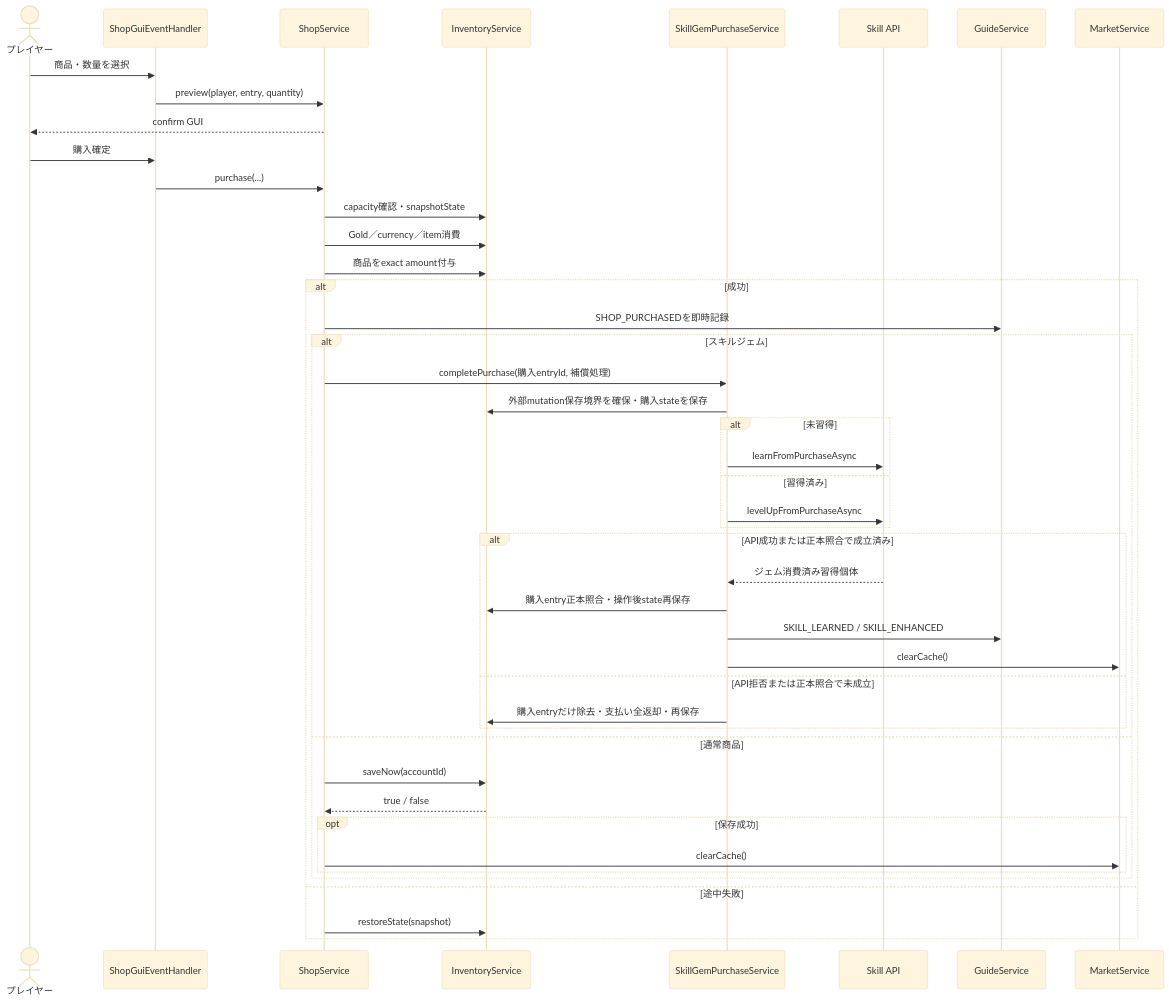
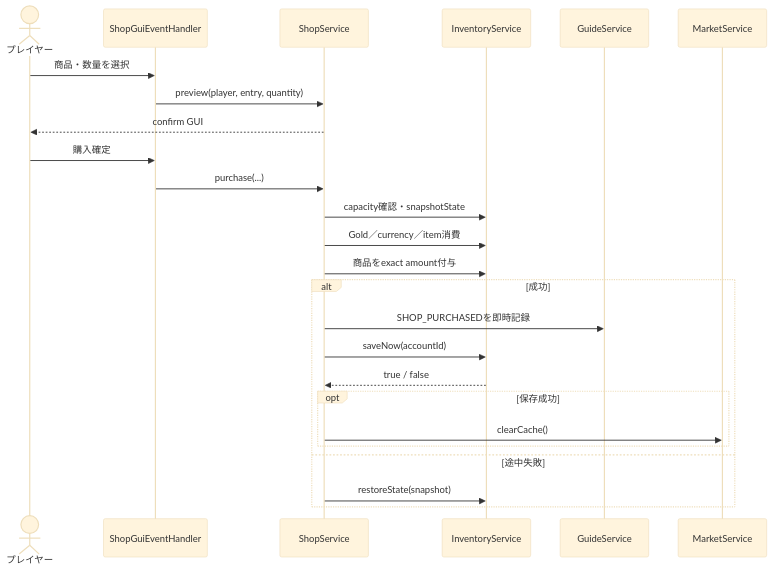
One commit to maaasu/AstralRecord-Workspace changed the third of 4 diagrams in 00_docs/10_Plugin設計書/feature/20-shop/20_4-統合フロー.md. Above: the diagram before and after it, drawn with Mermaid (base theme). The commit also changed other lines of this file and 132 other files, not shown here.

````diff
--- a/00_docs/10_Plugin設計書/feature/20-shop/20_4-統合フロー.md
+++ b/00_docs/10_Plugin設計書/feature/20-shop/20_4-統合フロー.md
@@ -62,47 +62,27 @@
 ```mermaid
 sequenceDiagram
     actor Player as プレイヤー
     participant Handler as ShopGuiEventHandler
     participant Shop as ShopService
     participant Inventory as InventoryService
-    participant SkillGem as SkillGemPurchaseService
-    participant SkillApi as Skill API
     participant Guide as GuideService
     participant Market as MarketService
     Player->>Handler: 商品・数量を選択
     Handler->>Shop: preview(player, entry, quantity)
     Shop-->>Player: confirm GUI
     Player->>Handler: 購入確定
     Handler->>Shop: purchase(...)
     Shop->>Inventory: capacity確認・snapshotState
     Shop->>Inventory: Gold／currency／item消費
     Shop->>Inventory: 商品をexact amount付与
     alt 成功
         Shop->>Guide: SHOP_PURCHASEDを即時記録
-        alt スキルジェム
-            Shop->>SkillGem: completePurchase(購入entryId, 補償処理)
-            SkillGem->>Inventory: 外部mutation保存境界を確保・購入stateを保存
-            alt 未習得
-                SkillGem->>SkillApi: learnFromPurchaseAsync
-            else 習得済み
-                SkillGem->>SkillApi: levelUpFromPurchaseAsync
-            end
-            alt API成功または正本照合で成立済み
-                SkillApi-->>SkillGem: ジェム消費済み習得個体
-                SkillGem->>Inventory: 購入entry正本照合・操作後state再保存
-                SkillGem->>Guide: SKILL_LEARNED / SKILL_ENHANCED
-                SkillGem->>Market: clearCache()
-            else API拒否または正本照合で未成立
-                SkillGem->>Inventory: 購入entryだけ除去・支払い全返却・再保存
-            end
-        else 通常商品
-            Shop->>Inventory: saveNow(accountId)
-            Inventory-->>Shop: true / false
-            opt 保存成功
-                Shop->>Market: clearCache()
-            end
+        Shop->>Inventory: saveNow(accountId)
+        Inventory-->>Shop: true / false
+        opt 保存成功
+            Shop->>Market: clearCache()
         end
     else 途中失敗
         Shop->>Inventory: restoreState(snapshot)
     end
 ```
````
